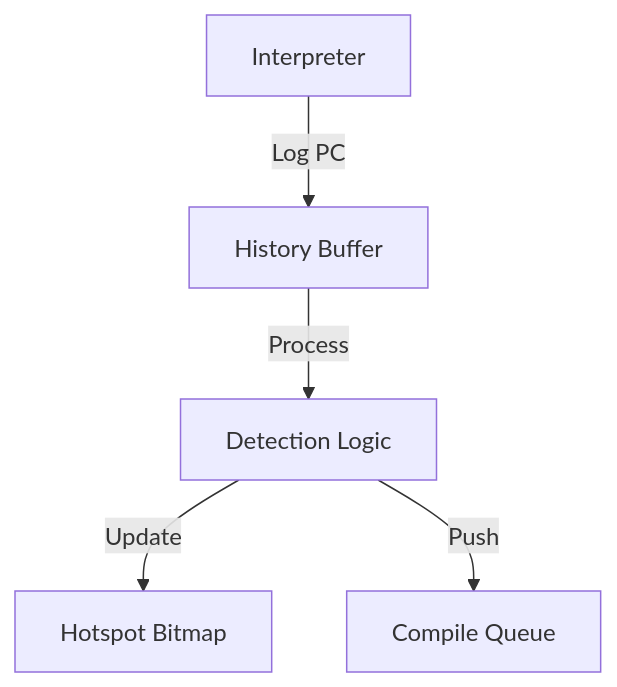
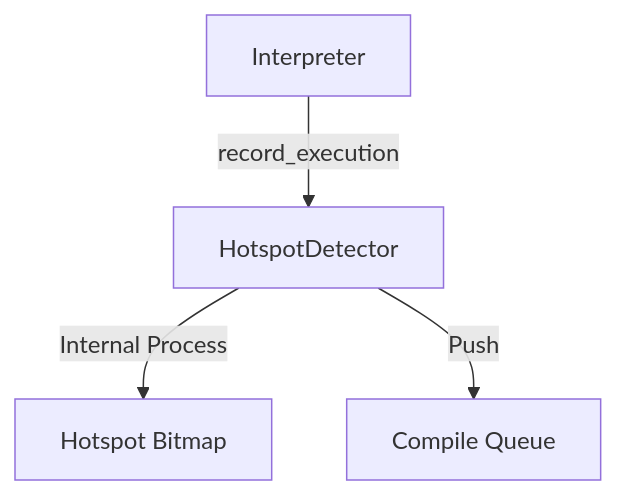
Before and after one commit to kmt-t/fireball: the first of 2 diagrams in docs/orders/components/jit_hotspot_detector.md, drawn with Mermaid. The commit also changed other lines of this file and 11 other files, not shown here.

````diff
--- a/docs/orders/components/jit_hotspot_detector.md
+++ b/docs/orders/components/jit_hotspot_detector.md
@@ -16,7 +17,6 @@
 ```mermaid
 graph TD
-    Interp[Interpreter] -->|Log PC| Hist[History Buffer]
-    Hist -->|Process| Logic[Detection Logic]
-    Logic -->|Update| Bitmap[Hotspot Bitmap]
-    Logic -->|Push| Queue[Compile Queue]
+    Interp[Interpreter] -->|record_execution| Detector[HotspotDetector]
+    Detector -->|Internal Process| Bitmap[Hotspot Bitmap]
+    Detector -->|Push| Queue[Compile Queue]
 ```
````
